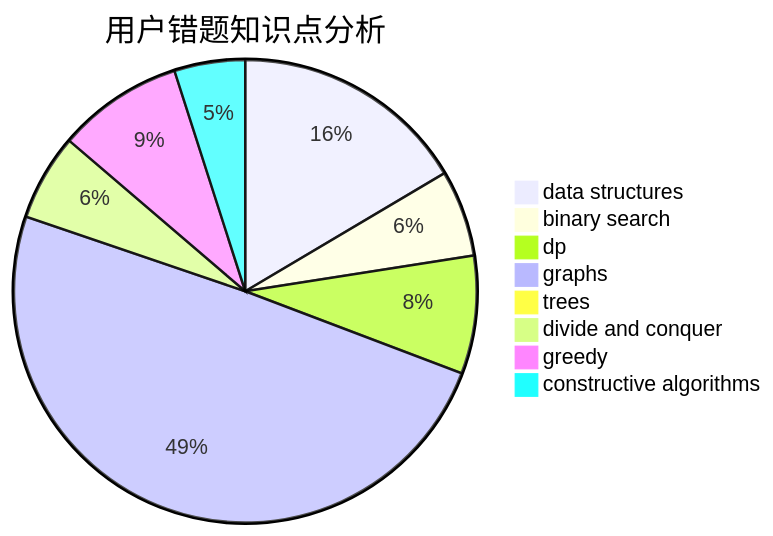
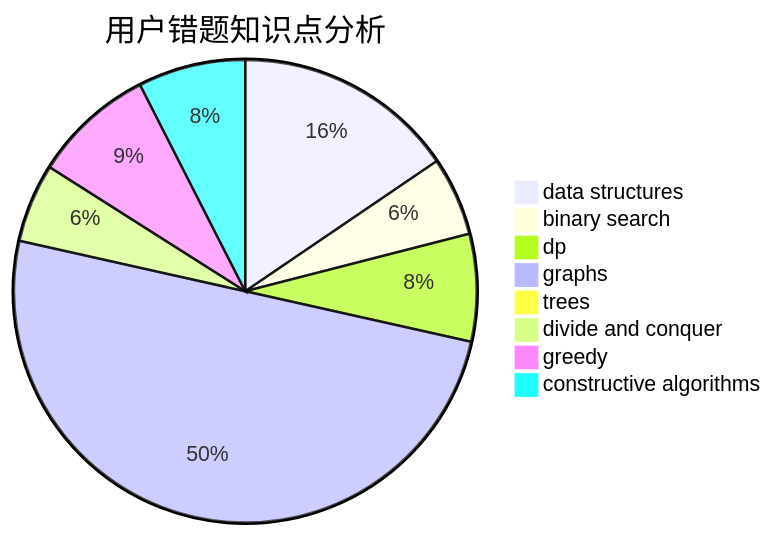
Before and after one commit to sherpahu/cfrs.github.io: the third of 3 diagrams in docs/user/u309.md, drawn with Mermaid. The commit also changed other lines of this file and 2770 other files, not shown here.

````diff
--- a/docs/user/u309.md
+++ b/docs/user/u309.md
@@ -36,11 +36,11 @@
 ```mermaid
 pie title 用户错题知识点分析
-    "data structures" :  30
+    "data structures" :  31
     "binary search" :  11
     "dp" :  15
-    "graphs" :  90
+    "graphs" :  100
     "trees" :  0
     "divide and conquer" :  11
-    "greedy" :  16
-    "constructive algorithms" :  9
+    "greedy" :  17
+    "constructive algorithms" :  15
 ```
````
